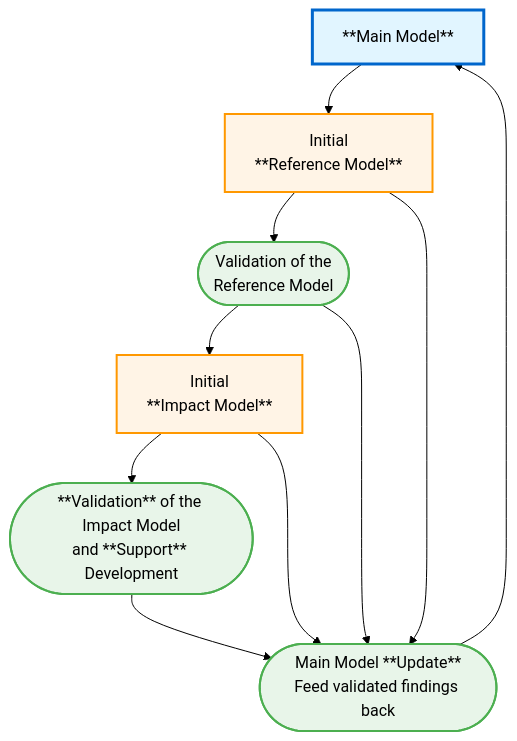
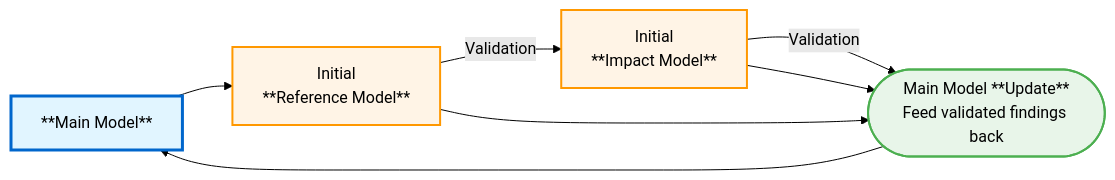
One commit to dfg-agil/wirkmechanismen changed the first of 2 diagrams in WORKFLOW.md. Above: the diagram before and after it, drawn with Mermaid (forest theme).

Commit message:
[WORKFLOW] Simplify workflow overview diagram by moving validation activities to arrow labels
Replace validation activity nodes with labels on arrows for cleaner diagram:
- Removed nodes C (Validation of Reference Model) and E (Validation of Impact Model)
- Added validation text as labels on arrows B→D and D→F
- Changed graph direction from TD to LR for better horizontal flow
- Maintained all validation information while simplifying structure
- Preserved color styling for remaining nodes

🤖 Generated with [Claude Code](https://claude.com/claude-code)

````diff
--- a/WORKFLOW.md
+++ b/WORKFLOW.md
@@ -64,27 +64,20 @@
 ```mermaid
-graph TD
+graph LR
     A[**Main Model** ]
     B[Initial<br/>**Reference Model**]
-    C([Validation of the<br/>Reference Model])
     D[Initial<br/>**Impact Model**]
-    E([**Validation** of the Impact Model<br/>and **Support** Development])
     F([Main Model **Update**<br/>Feed validated findings back])
 
     A --> B
-    B --> C
-    C --> D
-    D --> E
-    E --> F
+    B -->|Validation| D
+    D -->|Validation| F
     F --> A
 
     B --> F
-    C --> F
     D --> F
 
     style A fill:#e1f5ff,stroke:#0066cc,stroke-width:3px
     style B fill:#fff4e6,stroke:#ff9800,stroke-width:2px
     style D fill:#fff4e6,stroke:#ff9800,stroke-width:2px
-    style C fill:#e8f5e9,stroke:#4caf50,stroke-width:2px
-    style E fill:#e8f5e9,stroke:#4caf50,stroke-width:2px
     style F fill:#e8f5e9,stroke:#4caf50,stroke-width:2px
 ```
````
